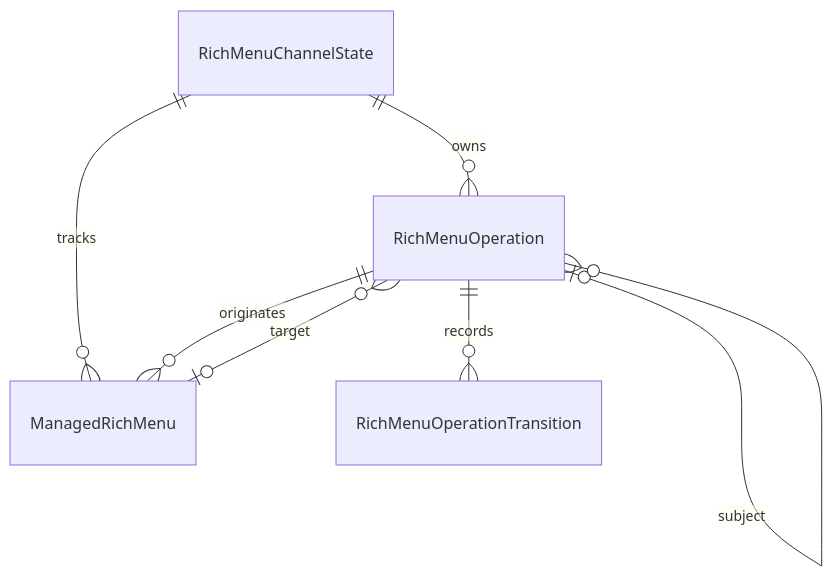
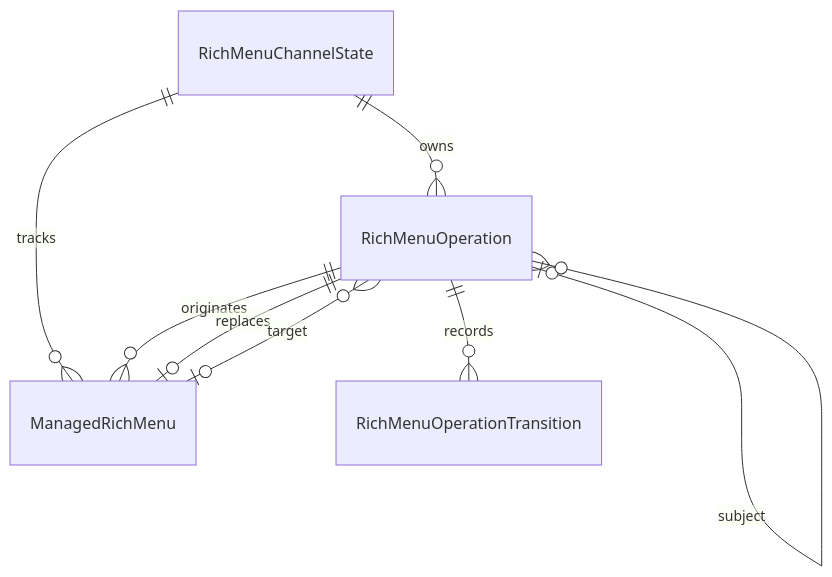
Before and after one commit to KentaOsabe-Personal/line-message-playground: the fourth of 5 diagrams in .kiro/specs/line-rich-menu-foundation/design.md, drawn with Mermaid. The commit also changed other lines of this file and 18 other files, not shown here.

Commit message:
line-rich-menu-foundation task3 done

````diff
--- a/.kiro/specs/line-rich-menu-foundation/design.md
+++ b/.kiro/specs/line-rich-menu-foundation/design.md
@@ -566,9 +567,10 @@
 ```mermaid
 erDiagram
     RichMenuChannelState ||--o{ RichMenuOperation : owns
     RichMenuChannelState ||--o{ ManagedRichMenu : tracks
     RichMenuOperation ||--o{ RichMenuOperationTransition : records
     RichMenuOperation ||--o{ ManagedRichMenu : originates
+    RichMenuOperation ||--o| ManagedRichMenu : replaces
     RichMenuOperation o|--o{ RichMenuOperation : subject
     ManagedRichMenu o|--o{ RichMenuOperation : target
 ```
````
